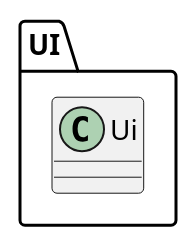
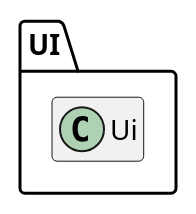
The diagram in docs/diagrams/UiClassDiagram.puml (sevenseasofbri/tp), drawn with PlantUML before and after one commit. The commit also changed 18 other files, not shown here.

Commit message:
Update UML diagrams

```diff
--- a/docs/diagrams/UiClassDiagram.puml
+++ b/docs/diagrams/UiClassDiagram.puml
@@ -1,7 +1,8 @@
 @startuml
 
+hide member
 package UI {
     Class Ui
 }
 
 @enduml
```
